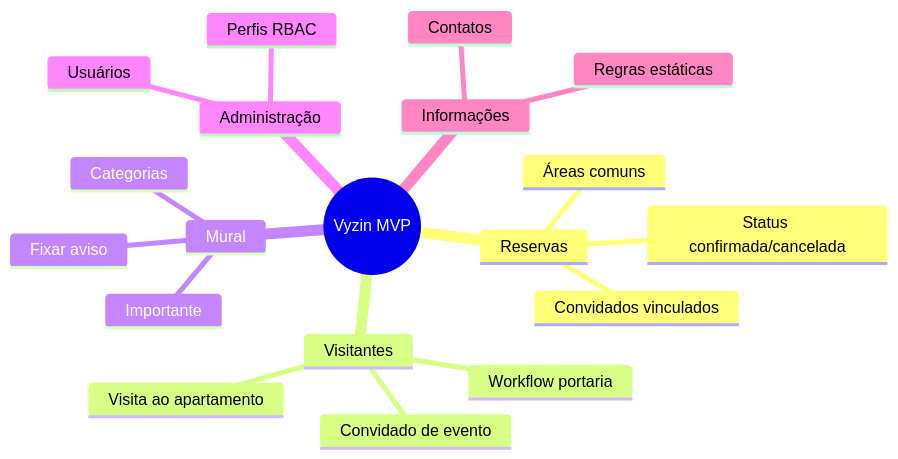
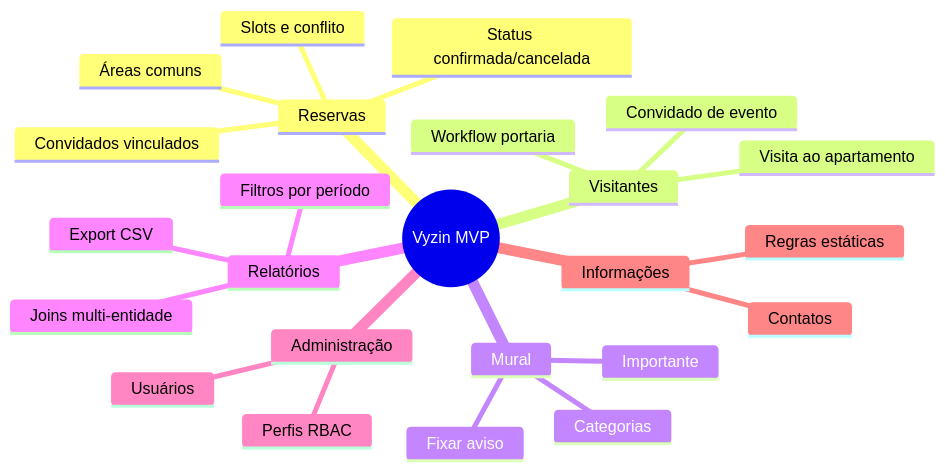
Before and after one commit to vyzin-app/vyzin: the diagram in docs/PRODUTO_E_PROJETO.md, drawn with Mermaid. The commit also changed other lines of this file and 9 other files, not shown here.

````diff
--- a/docs/PRODUTO_E_PROJETO.md
+++ b/docs/PRODUTO_E_PROJETO.md
@@ -95,22 +104,27 @@
 ```mermaid
 mindmap
   root((Vyzin MVP))
     Reservas
       Áreas comuns
+      Slots e conflito
       Status confirmada/cancelada
       Convidados vinculados
     Visitantes
       Visita ao apartamento
       Convidado de evento
       Workflow portaria
     Mural
       Categorias
       Fixar aviso
       Importante
+    Relatórios
+      Joins multi-entidade
+      Filtros por período
+      Export CSV
     Administração
       Usuários
       Perfis RBAC
     Informações
       Regras estáticas
       Contatos
 ```
````
